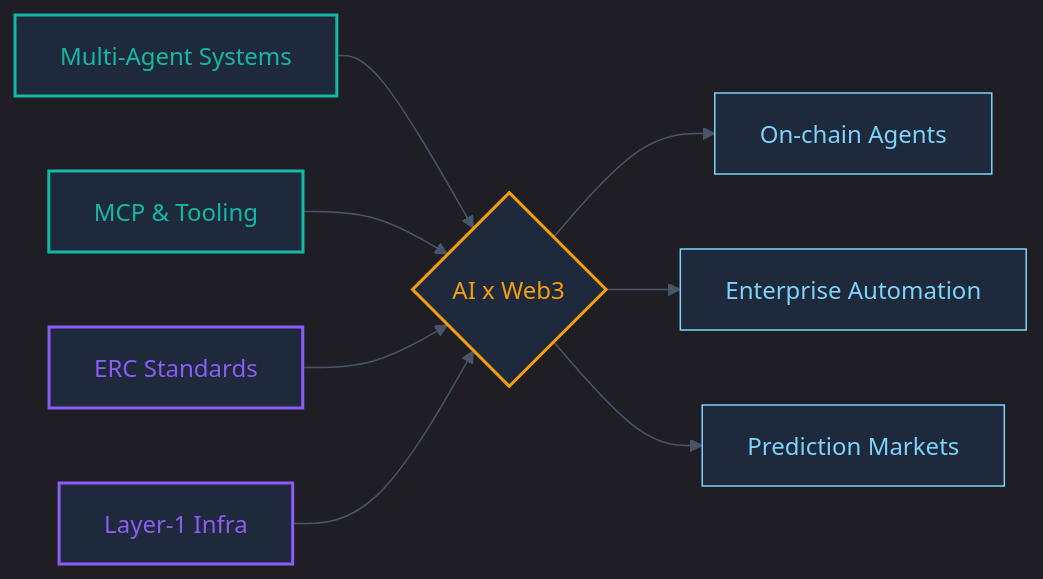
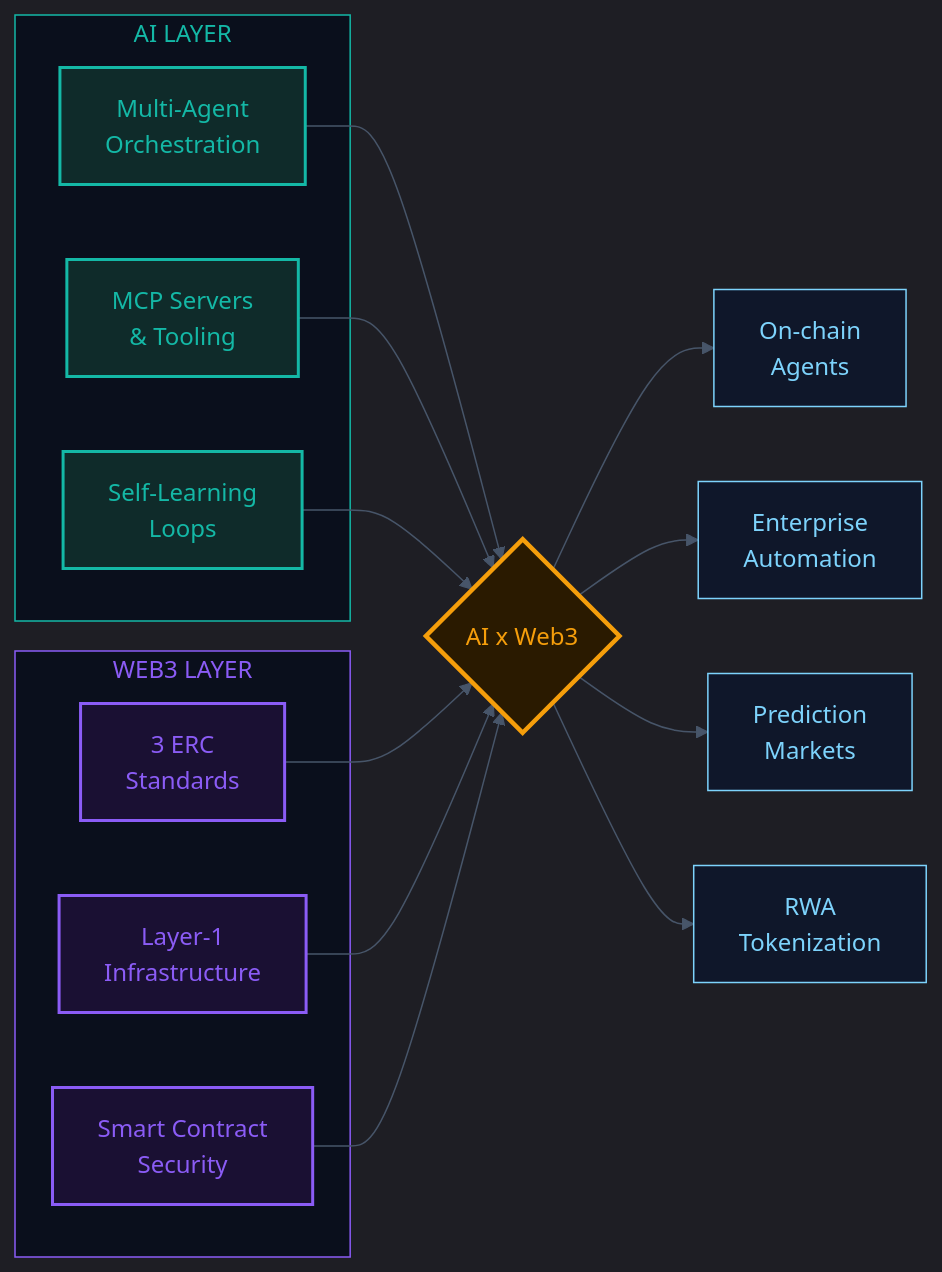
Before and after one commit to Aboudjem/aboudjem: the diagram in README.md, drawn with Mermaid. The commit also changed other lines of this file, not shown here.

````diff
--- a/README.md
+++ b/README.md
@@ -100,20 +277,41 @@
 ```mermaid
-%%{init: {'theme': 'dark', 'themeVariables': { 'primaryColor': '#1e293b', 'primaryTextColor': '#e2e8f0', 'primaryBorderColor': '#7dd3fc', 'lineColor': '#475569', 'secondaryColor': '#1e293b', 'tertiaryColor': '#1e293b', 'fontFamily': 'system-ui, sans-serif'}}}%%
+%%{init: {'theme': 'dark', 'themeVariables': { 'primaryColor': '#1e293b', 'primaryTextColor': '#e2e8f0', 'primaryBorderColor': '#475569', 'lineColor': '#475569', 'secondaryColor': '#1e293b', 'tertiaryColor': '#1e293b', 'fontFamily': 'JetBrains Mono, monospace'}}}%%
 graph LR
-    A1[Multi-Agent Systems] --> C{AI x Web3}
-    A2[MCP & Tooling] --> C
-    W1[ERC Standards] --> C
-    W2[Layer-1 Infra] --> C
-    C --> D1[On-chain Agents]
-    C --> D2[Enterprise Automation]
-    C --> D3[Prediction Markets]
+    subgraph AI ["AI LAYER"]
+        A1["Multi-Agent<br/>Orchestration"]
+        A2["MCP Servers<br/>& Tooling"]
+        A3["Self-Learning<br/>Loops"]
+    end
 
-    style A1 fill:#1e293b,stroke:#14B8A6,stroke-width:2px,color:#14B8A6
-    style A2 fill:#1e293b,stroke:#14B8A6,stroke-width:2px,color:#14B8A6
-    style W1 fill:#1e293b,stroke:#8B5CF6,stroke-width:2px,color:#8B5CF6
-    style W2 fill:#1e293b,stroke:#8B5CF6,stroke-width:2px,color:#8B5CF6
-    style C fill:#1e293b,stroke:#F59E0B,stroke-width:2px,color:#F59E0B
-    style D1 fill:#1e293b,stroke:#7dd3fc,stroke-width:1px,color:#7dd3fc
-    style D2 fill:#1e293b,stroke:#7dd3fc,stroke-width:1px,color:#7dd3fc
-    style D3 fill:#1e293b,stroke:#7dd3fc,stroke-width:1px,color:#7dd3fc
+    subgraph WEB3 ["WEB3 LAYER"]
+        W1["3 ERC<br/>Standards"]
+        W2["Layer-1<br/>Infrastructure"]
+        W3["Smart Contract<br/>Security"]
+    end
+
+    A1 --> C{"AI x Web3"}
+    A2 --> C
+    A3 --> C
+    W1 --> C
+    W2 --> C
+    W3 --> C
+
+    C --> O1["On-chain<br/>Agents"]
+    C --> O2["Enterprise<br/>Automation"]
+    C --> O3["Prediction<br/>Markets"]
+    C --> O4["RWA<br/>Tokenization"]
+
+    style A1 fill:#0f2b2a,stroke:#14B8A6,stroke-width:2px,color:#14B8A6
+    style A2 fill:#0f2b2a,stroke:#14B8A6,stroke-width:2px,color:#14B8A6
+    style A3 fill:#0f2b2a,stroke:#14B8A6,stroke-width:2px,color:#14B8A6
+    style W1 fill:#1a1033,stroke:#8B5CF6,stroke-width:2px,color:#8B5CF6
+    style W2 fill:#1a1033,stroke:#8B5CF6,stroke-width:2px,color:#8B5CF6
+    style W3 fill:#1a1033,stroke:#8B5CF6,stroke-width:2px,color:#8B5CF6
+    style C fill:#2a1a00,stroke:#F59E0B,stroke-width:3px,color:#F59E0B
+    style O1 fill:#0f172a,stroke:#7dd3fc,stroke-width:1px,color:#7dd3fc
+    style O2 fill:#0f172a,stroke:#7dd3fc,stroke-width:1px,color:#7dd3fc
+    style O3 fill:#0f172a,stroke:#7dd3fc,stroke-width:1px,color:#7dd3fc
+    style O4 fill:#0f172a,stroke:#7dd3fc,stroke-width:1px,color:#7dd3fc
+    style AI fill:#0A0F1C,stroke:#14B8A6,stroke-width:1px,color:#14B8A6
+    style WEB3 fill:#0A0F1C,stroke:#8B5CF6,stroke-width:1px,color:#8B5CF6
 ```
````
